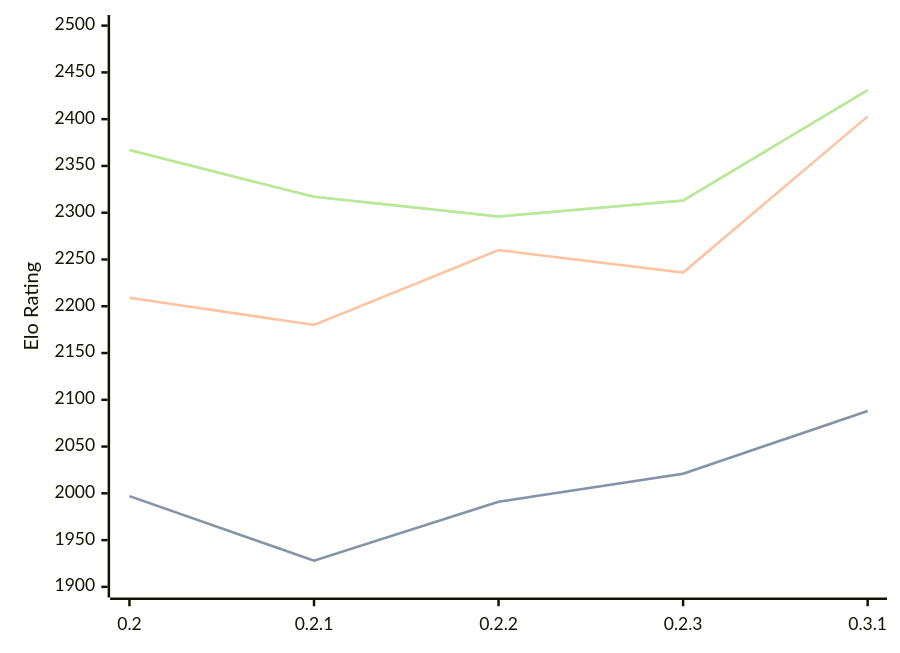
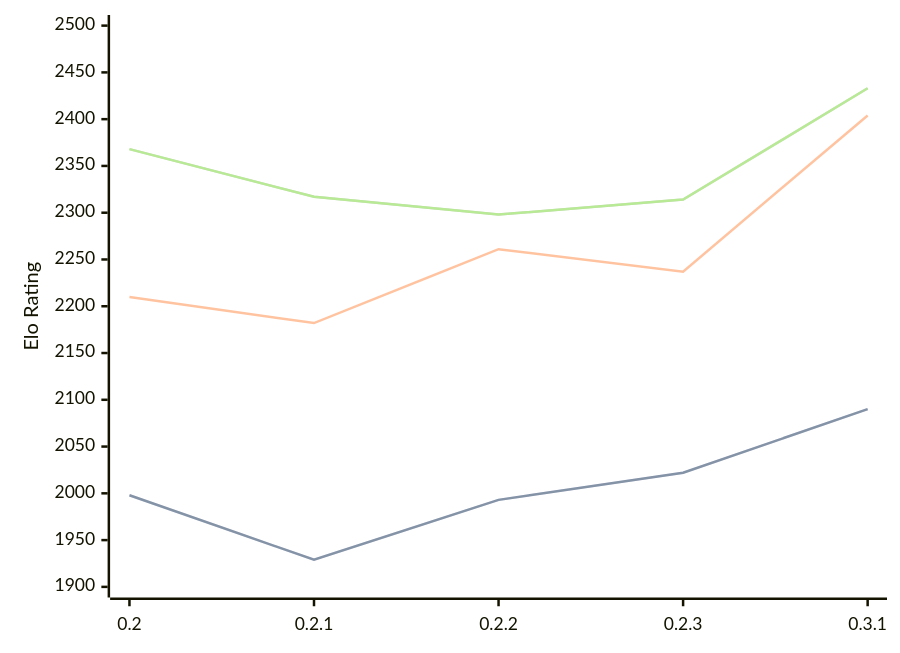
One commit to computer-chess-index/cci changed the diagram in engines/Lolbot.md. Above: the diagram before and after it, drawn with Mermaid. The commit also changed other lines of this file, not shown here.

Commit message:
Update CCI Ratings (ELO VLTC) - 2026-08-26

````diff
--- a/engines/Lolbot.md
+++ b/engines/Lolbot.md
@@ -35,11 +35,11 @@
 ```mermaid
 %%{init: {"theme":"base","themeVariables":{"seriesColors:['#a3a3a3','#222221','#faa371']}}}%%
 xychart-beta
   x-axis ["0.2", "0.2.1", "0.2.2", "0.2.3", "0.3.1"]
   y-axis "Elo Rating" 1900 --> 2500
-  line "STC (8.0+0.08s)" [1997, 1928, 1991, 2021, 2088]
-  line "STC (8.0+0.08s)" [1997, 1928, 1991, 2021, 2088]
-  line "LTC (60.0+0.60s)" [2209, 2180, 2260, 2236, 2403]
-  line "VLTC (2m24s+1.12s)" [2367, 2317, 2296, 2313, 2431]
-  line "VLTC (2m24s+1.12s)" [2367, 2317, 2296, 2313, 2431]
+  line "STC (8.0+0.08s)" [1998, 1929, 1993, 2022, 2090]
+  line "STC (8.0+0.08s)" [1998, 1929, 1993, 2022, 2090]
+  line "LTC (60.0+0.60s)" [2210, 2182, 2261, 2237, 2404]
+  line "VLTC (2m24s+1.12s)" [2368, 2317, 2298, 2314, 2433]
+  line "VLTC (2m24s+1.12s)" [2368, 2317, 2298, 2314, 2433]
 ```
````
